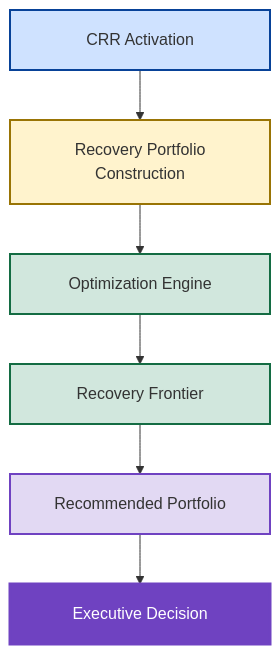
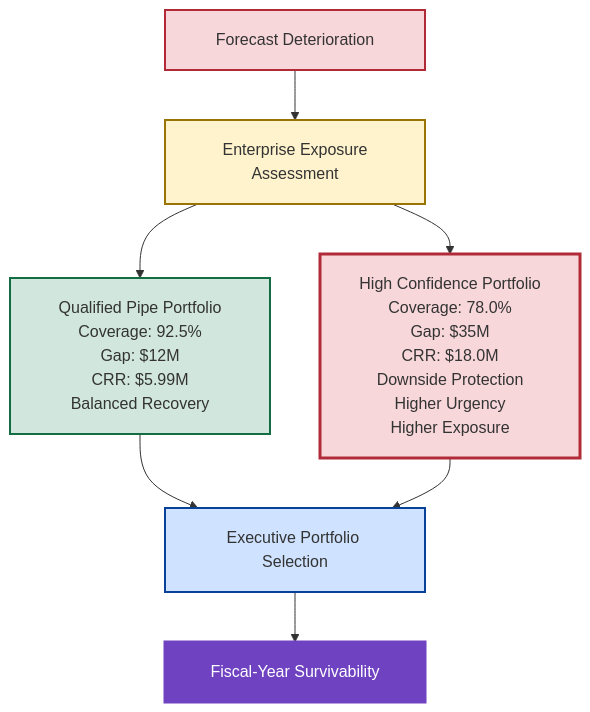
The diagram in 09_Recovery_Optimization/recovery-optimization.md (AwesomeAnil/newbridge-saas-operating-system), drawn with Mermaid before and after one commit. The commit also changed other lines of this file and 1 other file, not shown here.

First line of the commit message:
replacing recovery optimiztion

````diff
--- a/09_Recovery_Optimization/recovery-optimization.md
+++ b/09_Recovery_Optimization/recovery-optimization.md
@@ -76,17 +68,21 @@
 ```mermaid
 flowchart TD
 
-    A["<table><tr><td width='350' align='center'>CRR Activation</td></tr></table>"] --> B["<table><tr><td width='350' align='center'>Recovery Portfolio<br/>Construction</td></tr></table>"]
-    B --> C["<table><tr><td width='350' align='center'>Optimization Engine</td></tr></table>"]
-    C --> D["<table><tr><td width='350' align='center'>Recovery Frontier</td></tr></table>"]
-    D --> E["<table><tr><td width='350' align='center'>Recommended Portfolio</td></tr></table>"]
-    E --> F["<table><tr><td width='350' align='center'>Executive Decision</td></tr></table>"]
+    A["<table><tr><td width='350' align='center'>Forecast Deterioration</td></tr></table>"] --> B["<table><tr><td width='350' align='center'>Enterprise Exposure<br/>Assessment</td></tr></table>"]
+    
+    B --> C["<table><tr><td width='350' align='center'>Qualified Pipe Portfolio<br/>Coverage: 92.5%<br/>Gap: $12M<br/>CRR: $5.99M<br/>Balanced Recovery</td></tr></table>"]
+    B --> D["<table><tr><td width='350' align='center'>High Confidence Portfolio<br/>Coverage: 78.0%<br/>Gap: $35M<br/>CRR: $18.0M<br/>Downside Protection<br/>Higher Urgency<br/>Higher Exposure</td></tr></table>"]
+    
+    C --> E["<table><tr><td width='350' align='center'>Executive Portfolio Selection</td></tr></table>"]
+    D --> E
+    
+    E --> F["<table><tr><td width='350' align='center'>Fiscal-Year Survivability</td></tr></table>"]
 
     %% Individual Node Color Overrides
-    style A fill:#cfe2ff,stroke:#084298,stroke-width:2px
+    style A fill:#f8d7da,stroke:#b02a37,stroke-width:2px
     style B fill:#fff3cd,stroke:#997404,stroke-width:2px
     style C fill:#d1e7dd,stroke:#146c43,stroke-width:2px
-    style D fill:#d1e7dd,stroke:#146c43,stroke-width:2px
-    style E fill:#e2d9f3,stroke:#6f42c1,stroke-width:2px
+    style D fill:#f8d7da,stroke:#b02a37,stroke-width:3px
+    style E fill:#cfe2ff,stroke:#084298,stroke-width:2px
     style F fill:#6f42c1,color:#ffffff,stroke:#6f42c1,stroke-width:3px
 ```
````
